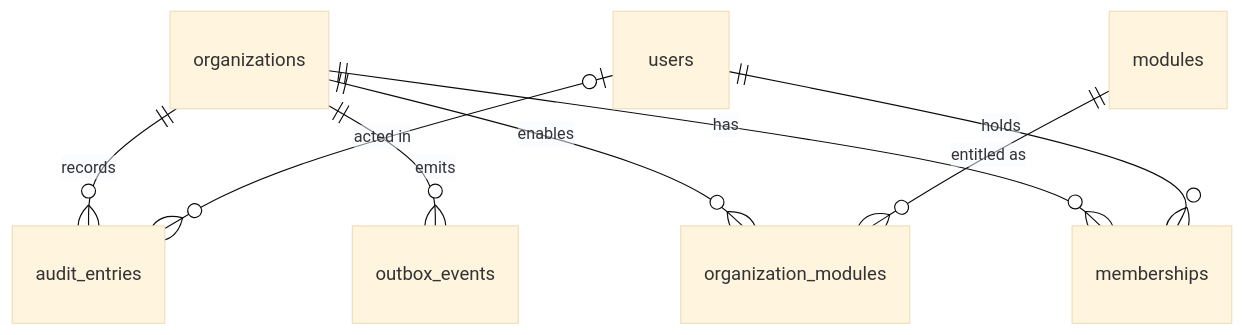
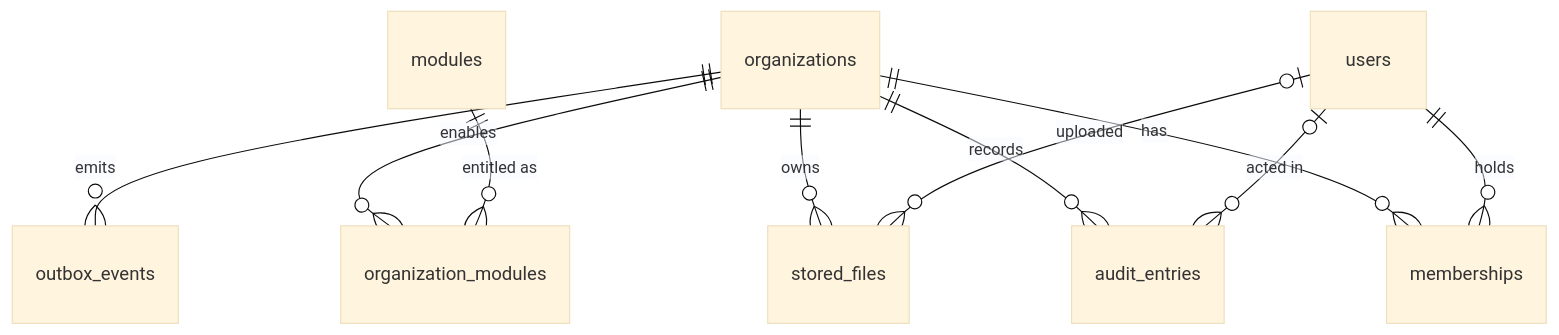
The diagram in docs/database/schema.md (mikegauci/onyx), drawn with Mermaid (base theme) before and after one commit. The commit also changed other lines of this file and 20 other files, not shown here.

````diff
--- a/docs/database/schema.md
+++ b/docs/database/schema.md
@@ -13,10 +13,12 @@
 ```mermaid
 erDiagram
     organizations ||--o{ memberships : has
     users ||--o{ memberships : holds
     organizations ||--o{ organization_modules : enables
     modules ||--o{ organization_modules : "entitled as"
     organizations ||--o{ audit_entries : records
     users |o--o{ audit_entries : "acted in"
     organizations ||--o{ outbox_events : emits
+    organizations ||--o{ stored_files : owns
+    users |o--o{ stored_files : uploaded
 ```
````
